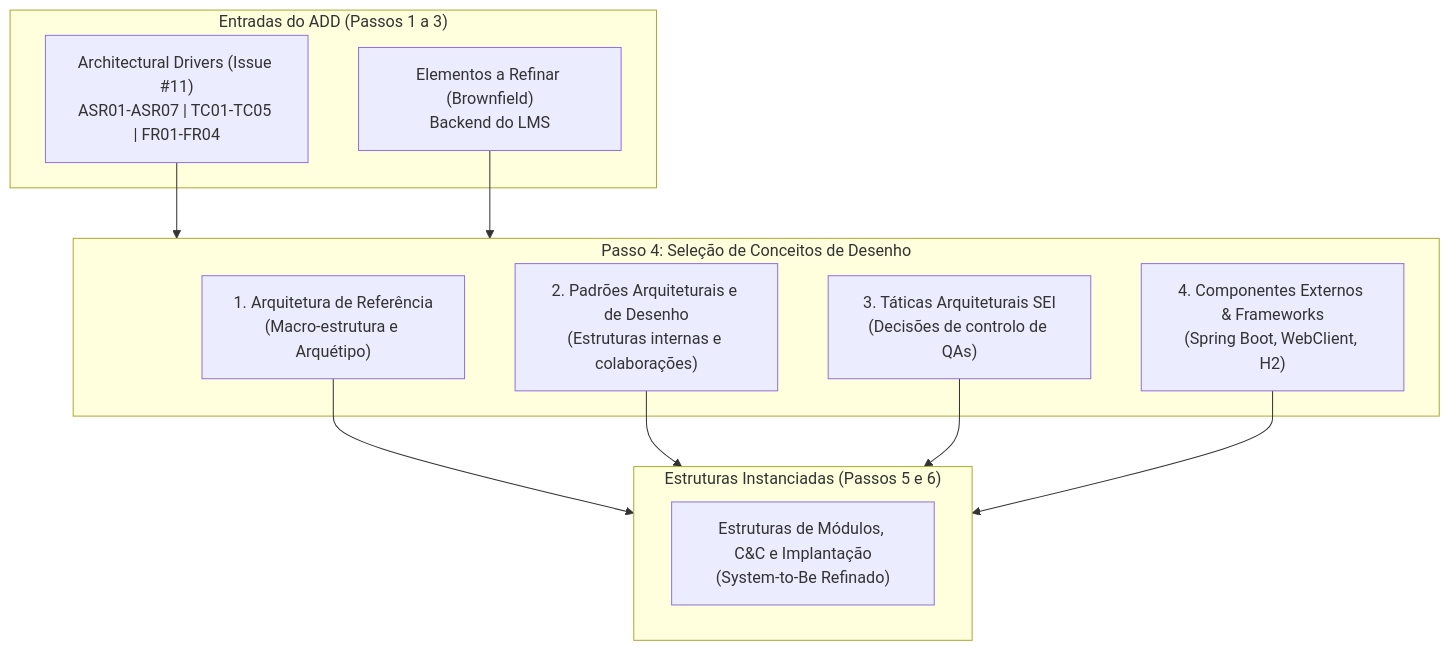
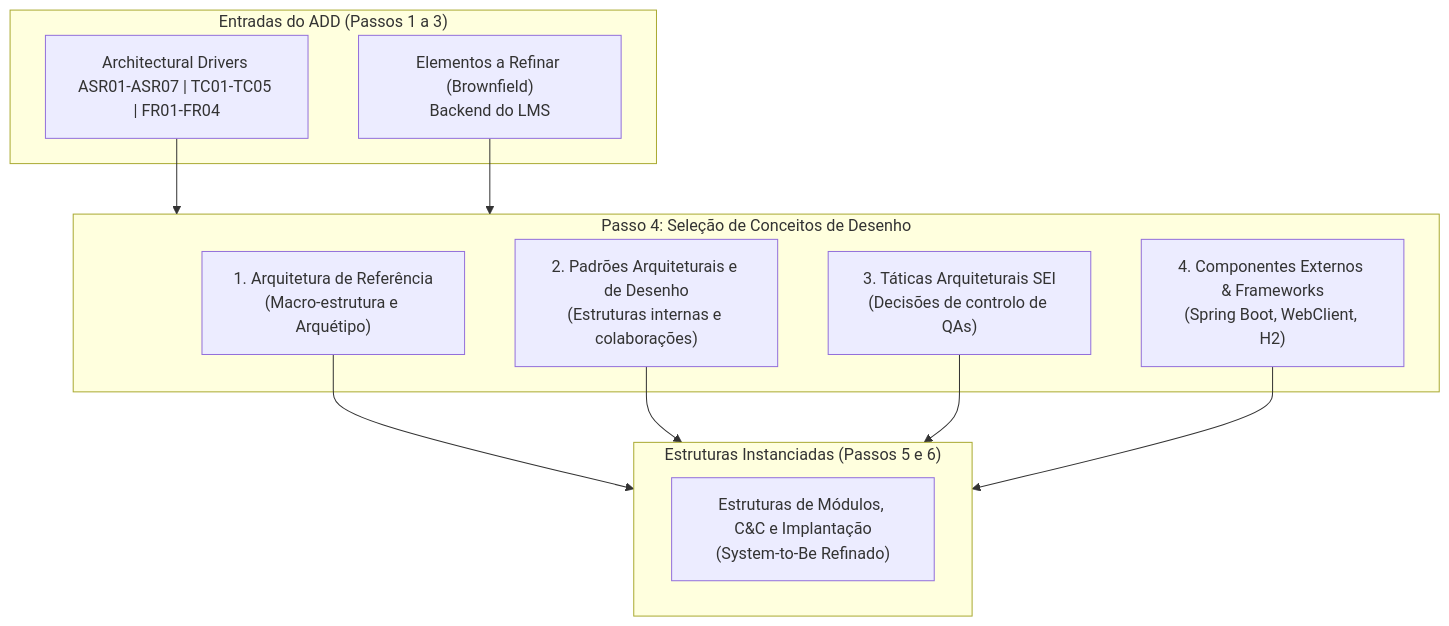
The first of 3 diagrams in Docs/ARQSOFT/system-to-be/reference-architectures.md (RafaelBrandao04/psoft-project-2026-1), drawn with Mermaid before and after one commit. The commit also changed other lines of this file, not shown here.

Commit message:
fix: correction in mermaid code

````diff
--- a/Docs/ARQSOFT/system-to-be/reference-architectures.md
+++ b/Docs/ARQSOFT/system-to-be/reference-architectures.md
@@ -7,21 +7,21 @@
 ```mermaid
 flowchart TD
     subgraph Inputs["Entradas do ADD (Passos 1 a 3)"]
-        D["Architectural Drivers (Issue #11)<br/>ASR01-ASR07 | TC01-TC05 | FR01-FR04"]
+        D["Architectural Drivers <br/>ASR01-ASR07 | TC01-TC05 | FR01-FR04"]
         TE["Elementos a Refinar (Brownfield)<br/>Backend do LMS"]
     end
 
     subgraph Step4["Passo 4: Seleção de Conceitos de Desenho"]
         RA["1. Arquitetura de Referência<br/>(Macro-estrutura e Arquétipo)"]
         PAT["2. Padrões Arquiteturais e de Desenho<br/>(Estruturas internas e colaborações)"]
         TAC["3. Táticas Arquiteturais SEI<br/>(Decisões de controlo de QAs)"]
         EXT["4. Componentes Externos & Frameworks<br/>(Spring Boot, WebClient, H2)"]
     end
 
     subgraph Output["Estruturas Instanciadas (Passos 5 e 6)"]
         STR["Estruturas de Módulos, C&C e Implantação<br/>(System-to-Be Refinado)"]
     end
 
     D & TE --> Step4
     RA & PAT & TAC & EXT --> Output
 ```
````
